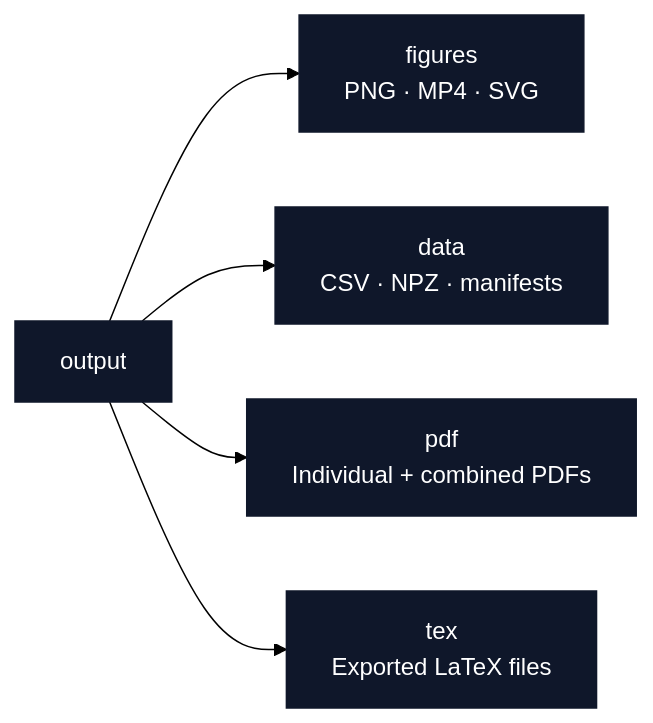
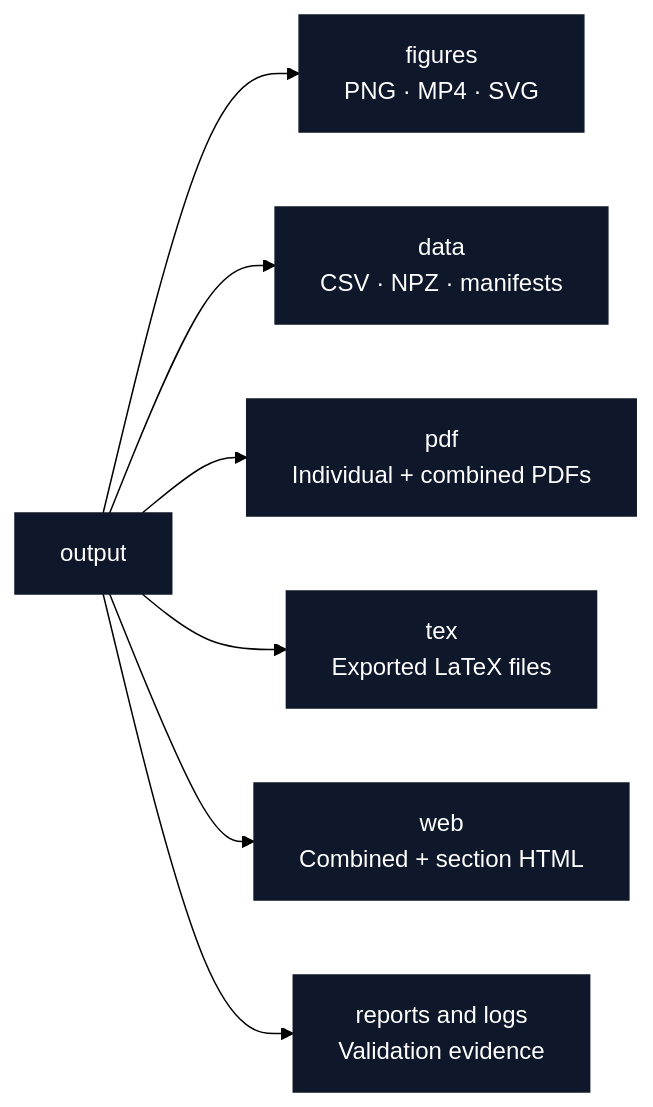
One commit to docxology/template changed the third of 3 diagrams in docs/core/workflow.md. Above: the diagram before and after it, drawn with Mermaid (forest theme). The commit also changed other lines of this file and 82 other files, not shown here.

````diff
--- a/docs/core/workflow.md
+++ b/docs/core/workflow.md
@@ -246,11 +267,13 @@
 ```mermaid
 flowchart LR
     OUT[output]
     OUT --> FIG[figures<br/>PNG · MP4 · SVG]
     OUT --> DATA[data<br/>CSV · NPZ · manifests]
     OUT --> PDF[pdf<br/>Individual + combined PDFs]
     OUT --> TEX[tex<br/>Exported LaTeX files]
+    OUT --> WEB[web<br/>Combined + section HTML]
+    OUT --> REPORTS[reports and logs<br/>Validation evidence]
 
     classDef d fill:#0f172a,stroke:#0f172a,color:#fff
-    class OUT,FIG,DATA,PDF,TEX d
+    class OUT,FIG,DATA,PDF,TEX,WEB,REPORTS d
 ```
````
